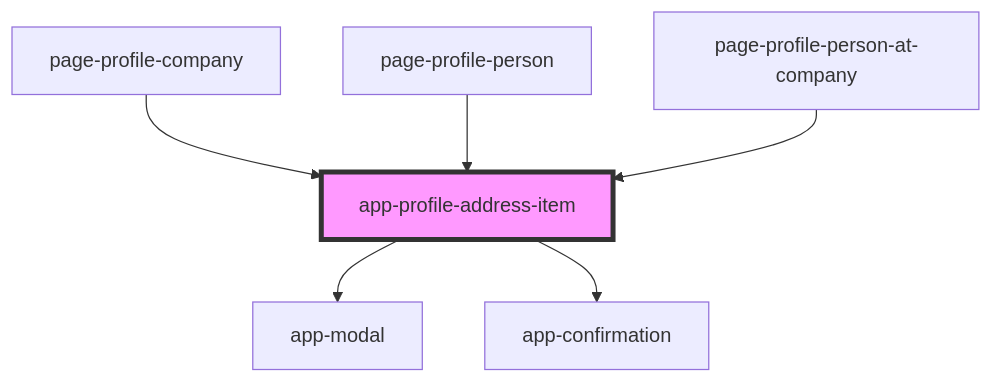
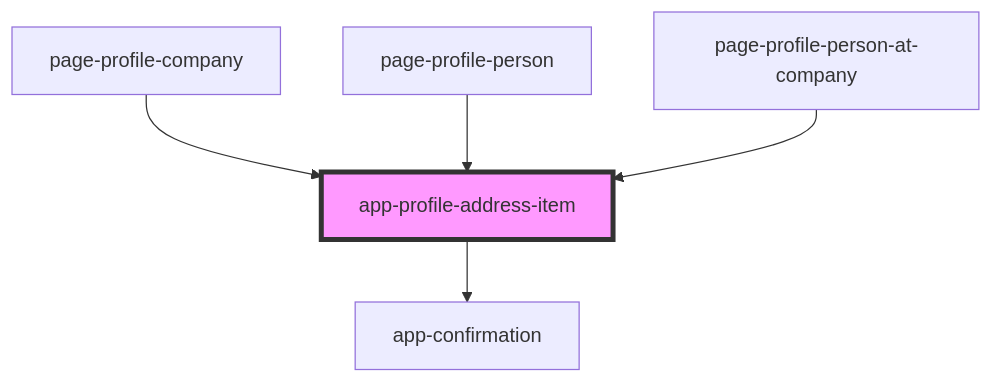
Before and after one commit to lokheed/IconEventNetwork.Web: the diagram in iconeventnetwork-web/src/components/app-profile-address-item/readme.md, drawn with Mermaid. The commit also changed other lines of this file and 23 other files, not shown here.

````diff
--- a/iconeventnetwork-web/src/components/app-profile-address-item/readme.md
+++ b/iconeventnetwork-web/src/components/app-profile-address-item/readme.md
@@ -41,9 +40,8 @@
 ```mermaid
 graph TD;
-  app-profile-address-item --> app-modal
   app-profile-address-item --> app-confirmation
   page-profile-company --> app-profile-address-item
   page-profile-person --> app-profile-address-item
   page-profile-person-at-company --> app-profile-address-item
   style app-profile-address-item fill:#f9f,stroke:#333,stroke-width:4px
 ```
````
